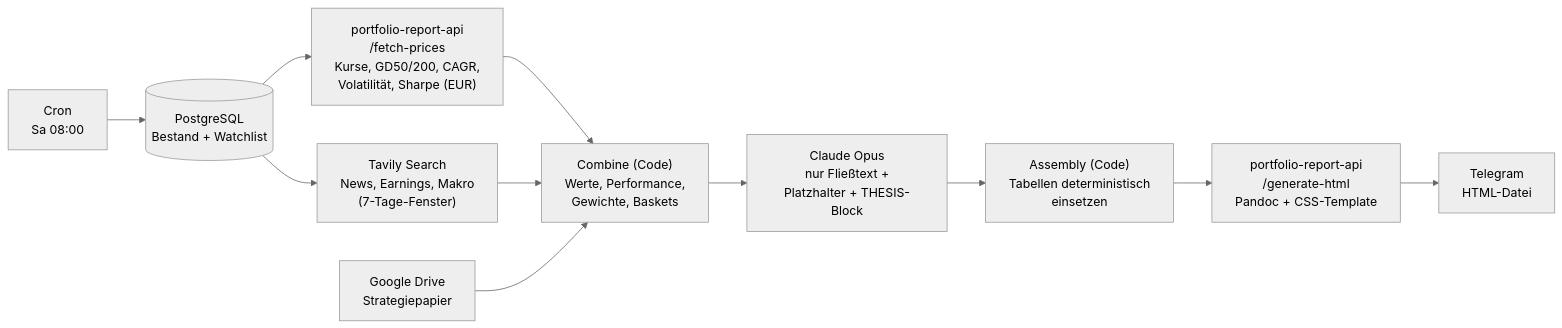
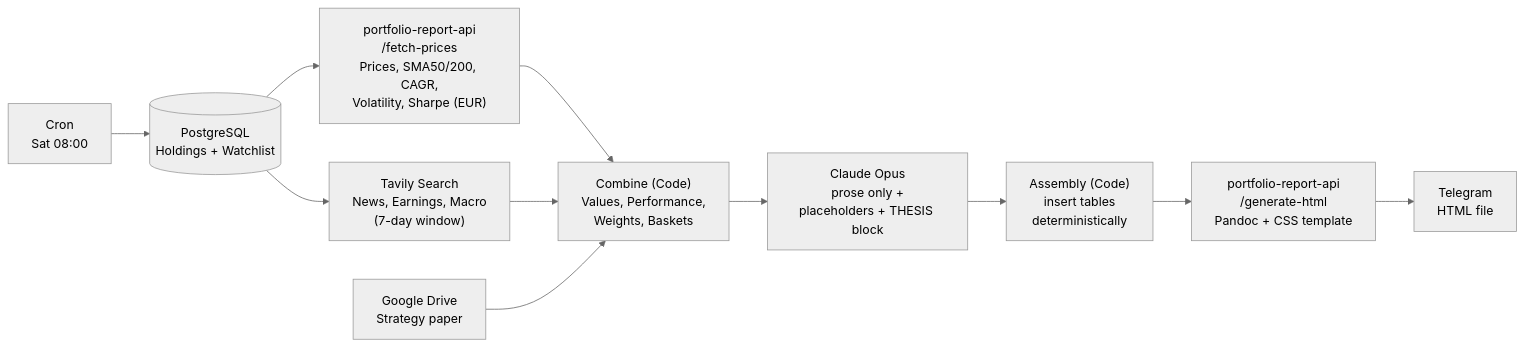
The first of 3 diagrams in README.md (markusKautz/PersonalPortfolioReport-public), drawn with Mermaid (neutral theme) before and after one commit. The commit also changed other lines of this file and 4 other files, not shown here.

````diff
--- a/README.md
+++ b/README.md
@@ -9,17 +11,17 @@
 ```mermaid
 flowchart LR
-    cron["Cron<br/>Sa 08:00"] --> pg[("PostgreSQL<br/>Bestand + Watchlist")]
+    cron["Cron<br/>Sat 08:00"] --> pg[("PostgreSQL<br/>Holdings + Watchlist")]
 
-    pg --> api["portfolio-report-api<br/>/fetch-prices<br/>Kurse, GD50/200, CAGR,<br/>Volatilität, Sharpe (EUR)"]
-    pg --> tav["Tavily Search<br/>News, Earnings, Makro<br/>(7-Tage-Fenster)"]
-    drive["Google Drive<br/>Strategiepapier"]
+    pg --> api["portfolio-report-api<br/>/fetch-prices<br/>Prices, SMA50/200, CAGR,<br/>Volatility, Sharpe (EUR)"]
+    pg --> tav["Tavily Search<br/>News, Earnings, Macro<br/>(7-day window)"]
+    drive["Google Drive<br/>Strategy paper"]
 
     api --> combine
     tav --> combine
     drive --> combine
 
-    combine["Combine (Code)<br/>Werte, Performance,<br/>Gewichte, Baskets"] --> opus["Claude Opus<br/>nur Fließtext +<br/>Platzhalter + THESIS-Block"]
-    opus --> assembly["Assembly (Code)<br/>Tabellen deterministisch<br/>einsetzen"]
-    assembly --> html["portfolio-report-api<br/>/generate-html<br/>Pandoc + CSS-Template"]
-    html --> tg["Telegram<br/>HTML-Datei"]
+    combine["Combine (Code)<br/>Values, Performance,<br/>Weights, Baskets"] --> opus["Claude Opus<br/>prose only +<br/>placeholders + THESIS block"]
+    opus --> assembly["Assembly (Code)<br/>insert tables<br/>deterministically"]
+    assembly --> html["portfolio-report-api<br/>/generate-html<br/>Pandoc + CSS template"]
+    html --> tg["Telegram<br/>HTML file"]
 ```
````
